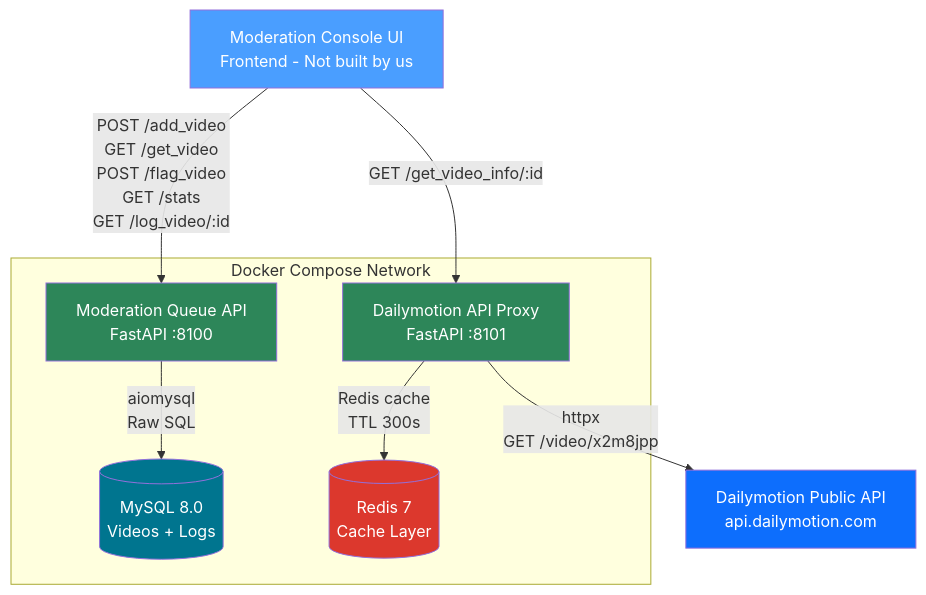
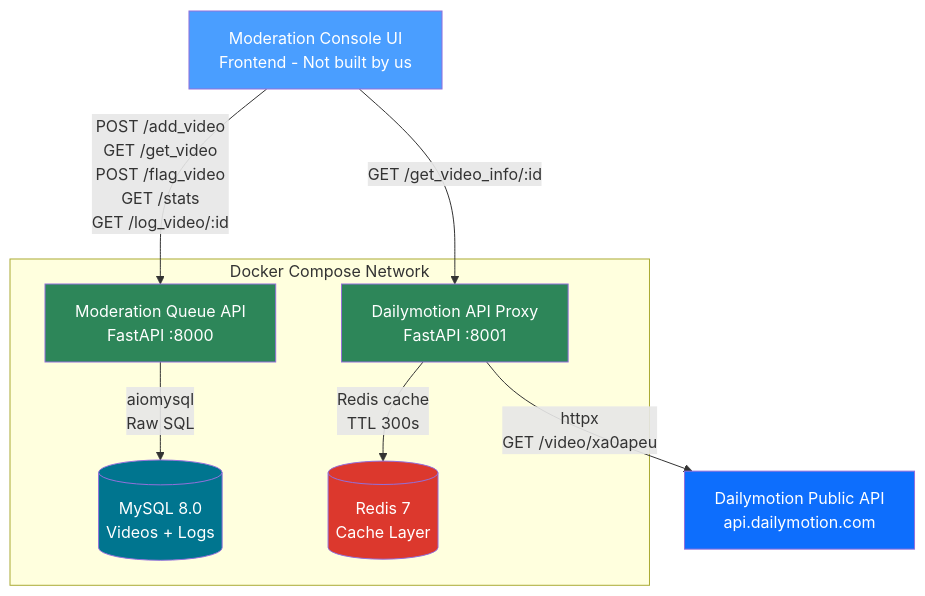
The first of 4 diagrams in architecture.md (YasserLoukniti/dailymotion-moderation), drawn with Mermaid before and after one commit. The commit also changed 2 other files, not shown here.

Commit message:
chore: revert ports to 8000/8001 for final submission
- Moderation Queue API: 8000
- Dailymotion API Proxy: 8001
- Update docs and architecture diagram accordingly

````diff
--- a/architecture.md
+++ b/architecture.md
@@ -5,27 +5,27 @@
 ```mermaid
 graph TB
     UI[Moderation Console UI<br/>Frontend - Not built by us]
 
     subgraph "Docker Compose Network"
-        MQ[Moderation Queue API<br/>FastAPI :8100]
-        DP[Dailymotion API Proxy<br/>FastAPI :8101]
+        MQ[Moderation Queue API<br/>FastAPI :8000]
+        DP[Dailymotion API Proxy<br/>FastAPI :8001]
         DB[(MySQL 8.0<br/>Videos + Logs)]
         RD[(Redis 7<br/>Cache Layer)]
     end
 
     DM[Dailymotion Public API<br/>api.dailymotion.com]
 
     UI -- "POST /add_video<br/>GET /get_video<br/>POST /flag_video<br/>GET /stats<br/>GET /log_video/:id" --> MQ
     UI -- "GET /get_video_info/:id" --> DP
 
     MQ -- "aiomysql<br/>Raw SQL" --> DB
     DP -- "Redis cache<br/>TTL 300s" --> RD
-    DP -- "httpx<br/>GET /video/x2m8jpp" --> DM
+    DP -- "httpx<br/>GET /video/xa0apeu" --> DM
 
     style UI fill:#4a9eff,color:#fff
     style MQ fill:#2d8659,color:#fff
     style DP fill:#2d8659,color:#fff
     style DB fill:#00758f,color:#fff
     style RD fill:#dc382d,color:#fff
     style DM fill:#0d6efd,color:#fff
 ```
````
